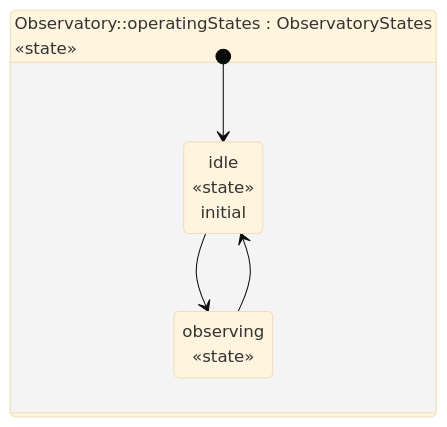
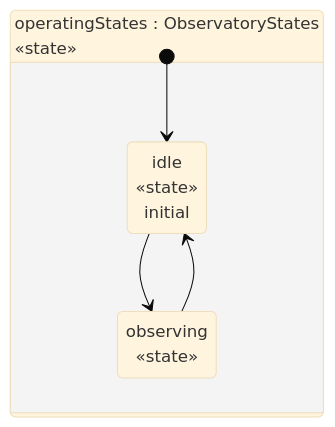
One commit to Open-MBEE/OpenSysML changed the second of 2 diagrams in internal/doc/docrender/testdata/telescope_report.golden.md. Above: the diagram before and after it, drawn with Mermaid (base theme). The commit also changed other lines of this file and 52 other files, not shown here.

First line of the commit message:
fix(view): head graphical roots relative to their shared namespace, types by their own name

````diff
--- a/internal/doc/docrender/testdata/telescope_report.golden.md
+++ b/internal/doc/docrender/testdata/telescope_report.golden.md
@@ -102,12 +102,12 @@
 ```mermaid
 %% state rendering (the diagram states kind "state")
 stateDiagram-v2
   direction LR
-  state "Observatory::operatingStates : ObservatoryStates<br>«state»" as n0 {
+  state "operatingStates : ObservatoryStates<br>«state»" as n0 {
     state "idle<br>«state»<br>initial" as n1
     state "observing<br>«state»" as n2
     [*] --> n1
   }
   n1 --> n2
   n2 --> n1
 ```
````
